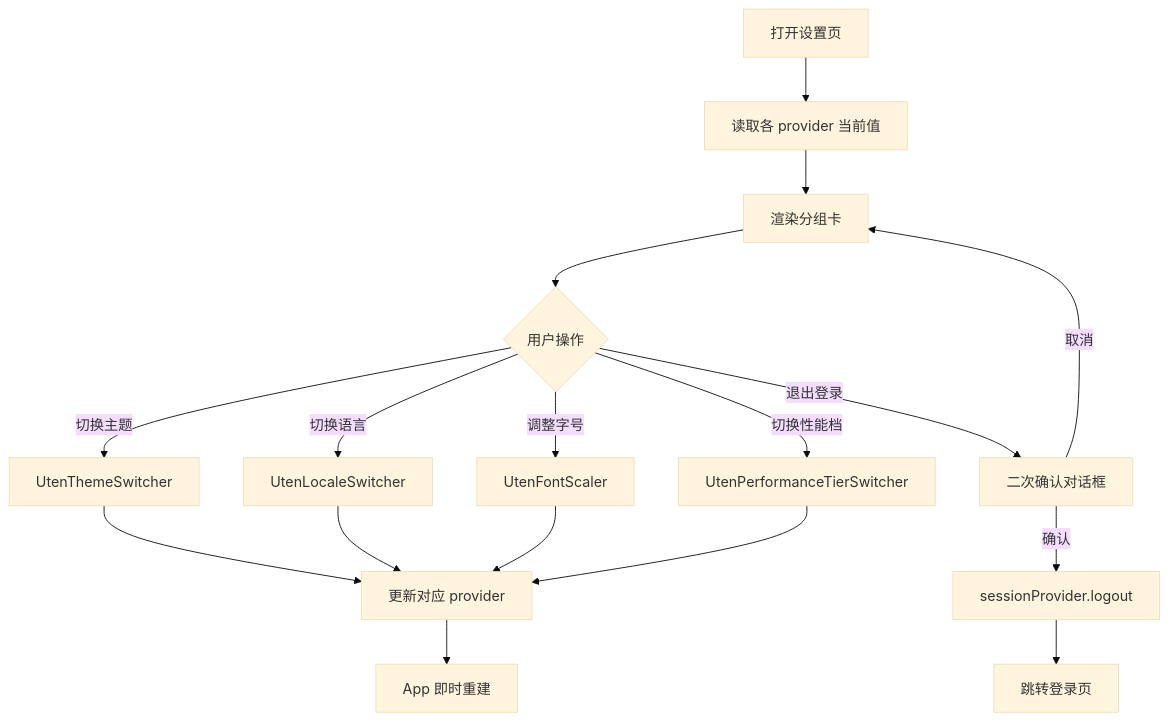
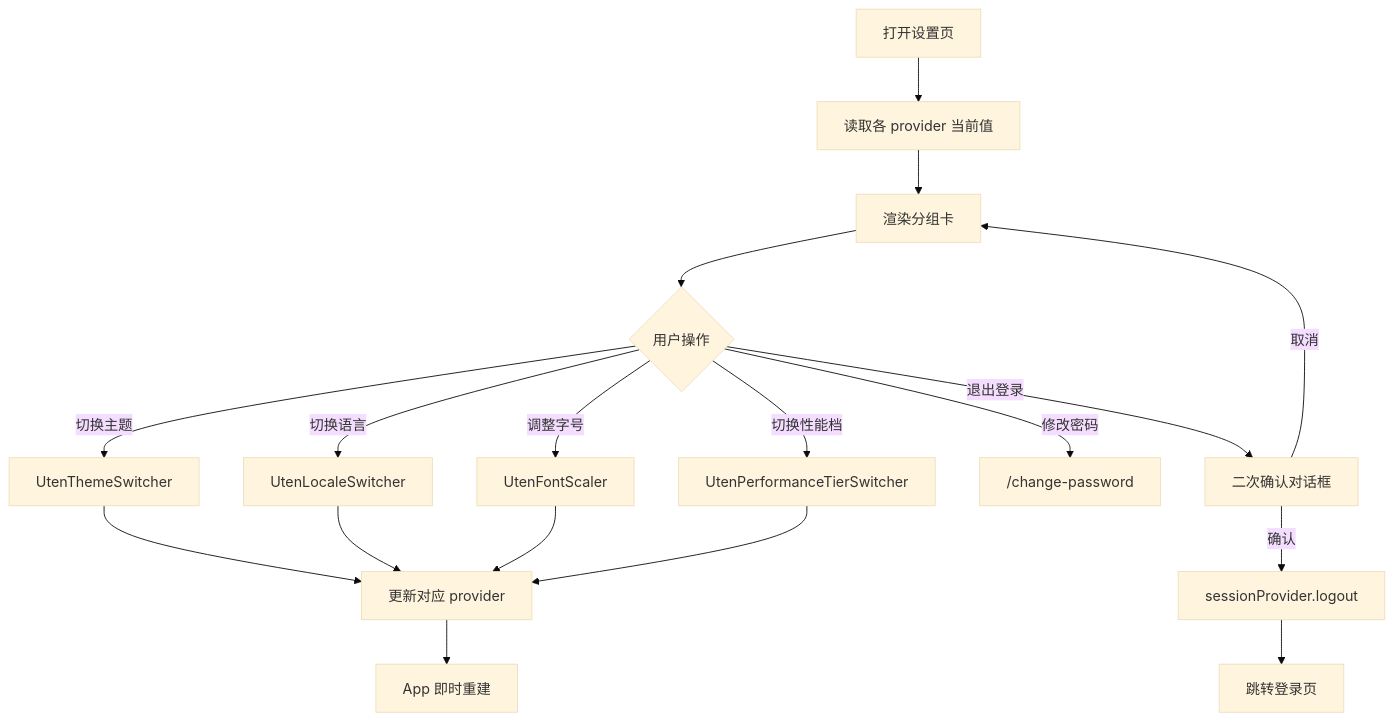
One commit to BruceChu0424/utenelec_imp changed the diagram in docs/03-页面/设置页.md. Above: the diagram before and after it, drawn with Mermaid (base theme). The commit also changed other lines of this file and 1614 other files, not shown here.

````diff
--- a/docs/03-页面/设置页.md
+++ b/docs/03-页面/设置页.md
@@ -82,19 +90,20 @@
 ```mermaid
 flowchart TD
     A[打开设置页] --> B[读取各 provider 当前值]
     B --> R[渲染分组卡]
     R --> OP{用户操作}
     OP -->|切换主题| T[UtenThemeSwitcher]
     OP -->|切换语言| L[UtenLocaleSwitcher]
     OP -->|调整字号| F[UtenFontScaler]
     OP -->|切换性能档| P[UtenPerformanceTierSwitcher]
+    OP -->|修改密码| CP["/change-password"]
     T --> UP[更新对应 provider]
     L --> UP
     F --> UP
     P --> UP
     UP --> I[App 即时重建]
     OP -->|退出登录| C[二次确认对话框]
     C -->|确认| LO[sessionProvider.logout]
     LO --> EXIT[跳转登录页]
     C -->|取消| R
 ```
````
